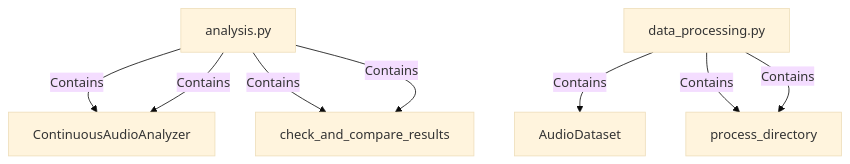
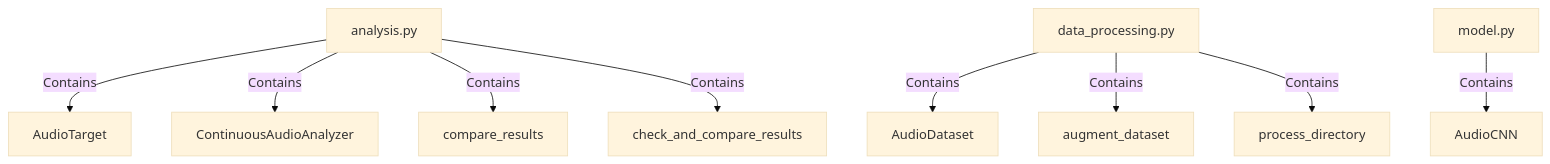
One commit to alexneilgreen/Signal-Separation-and-Classification-in-Noisy-Environments-with-Machine-Learning changed the second of 3 diagrams in README.md. Above: the diagram before and after it, drawn with Mermaid (base theme). The commit also changed other lines of this file, not shown here.

Commit message:
README mermaid arrow correction

````diff
--- a/README.md
+++ b/README.md
@@ -31,14 +31,17 @@
 ```mermaid
 graph TD
     F[analysis.py]
     G[data_processing.py]
+    H[model.py]
 
-    F --> |Contains| BFA[AudioTarget]
-    F --> |Contains| BFA[ContinuousAudioAnalyzer]
-    F --> |Contains| BFB[compare_results]
-    F --> |Contains| BFB[check_and_compare_results]
+    F --> |Contains| FA[AudioTarget]
+    F --> |Contains| FB[ContinuousAudioAnalyzer]
+    F --> |Contains| FC[compare_results]
+    F --> |Contains| FD[check_and_compare_results]
 
-    G --> |Contains| CDA[AudioDataset]
-    G --> |Contains| CDB[augment_dataset]
-    G --> |Contains| CDB[process_directory]
+    G --> |Contains| GA[AudioDataset]
+    G --> |Contains| GB[augment_dataset]
+    G --> |Contains| GC[process_directory]
+
+    H --> |Contains| HA[AudioCNN]
 ```
````
